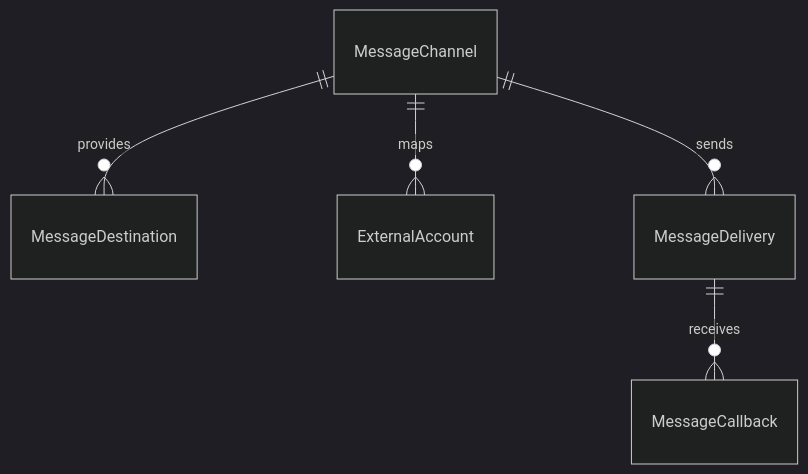
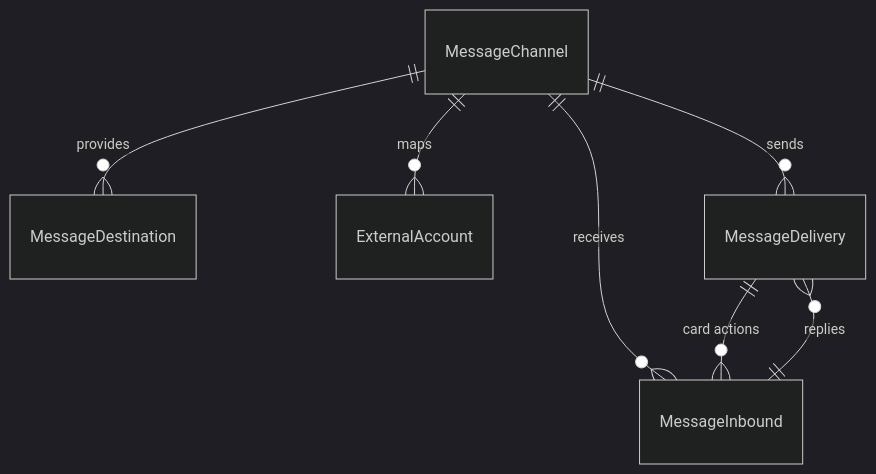
One commit to pfjhyyj/keystone changed the first of 3 diagrams in docs/domains/messaging.md. Above: the diagram before and after it, drawn with Mermaid (dark theme). The commit also changed other lines of this file, not shown here.

First line of the commit message:
docs(messaging): add inbound commands, delegated identity and supplied content

````diff
--- a/docs/domains/messaging.md
+++ b/docs/domains/messaging.md
@@ -21,7 +21,9 @@
 ```mermaid
 erDiagram
     MessageChannel ||--o{ MessageDestination : provides
     MessageChannel ||--o{ ExternalAccount : maps
     MessageChannel ||--o{ MessageDelivery : sends
-    MessageDelivery ||--o{ MessageCallback : receives
+    MessageChannel ||--o{ MessageInbound : receives
+    MessageDelivery ||--o{ MessageInbound : "card actions"
+    MessageInbound ||--o{ MessageDelivery : "replies"
 ```
````
